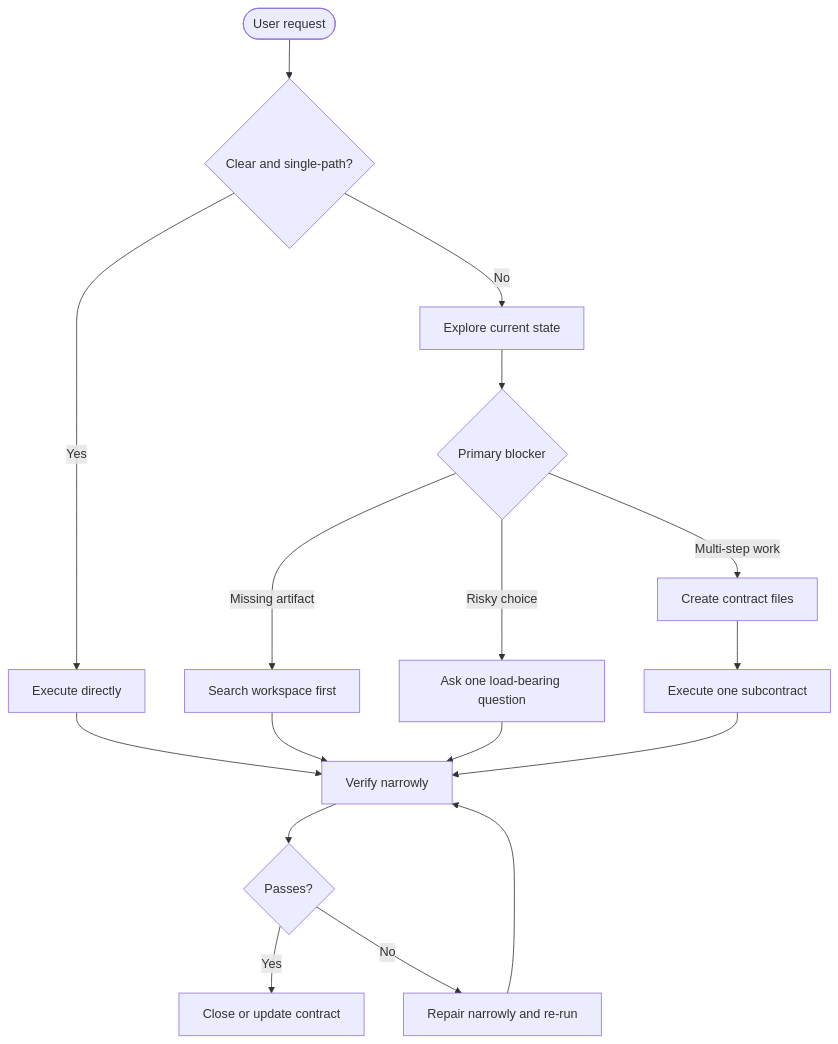
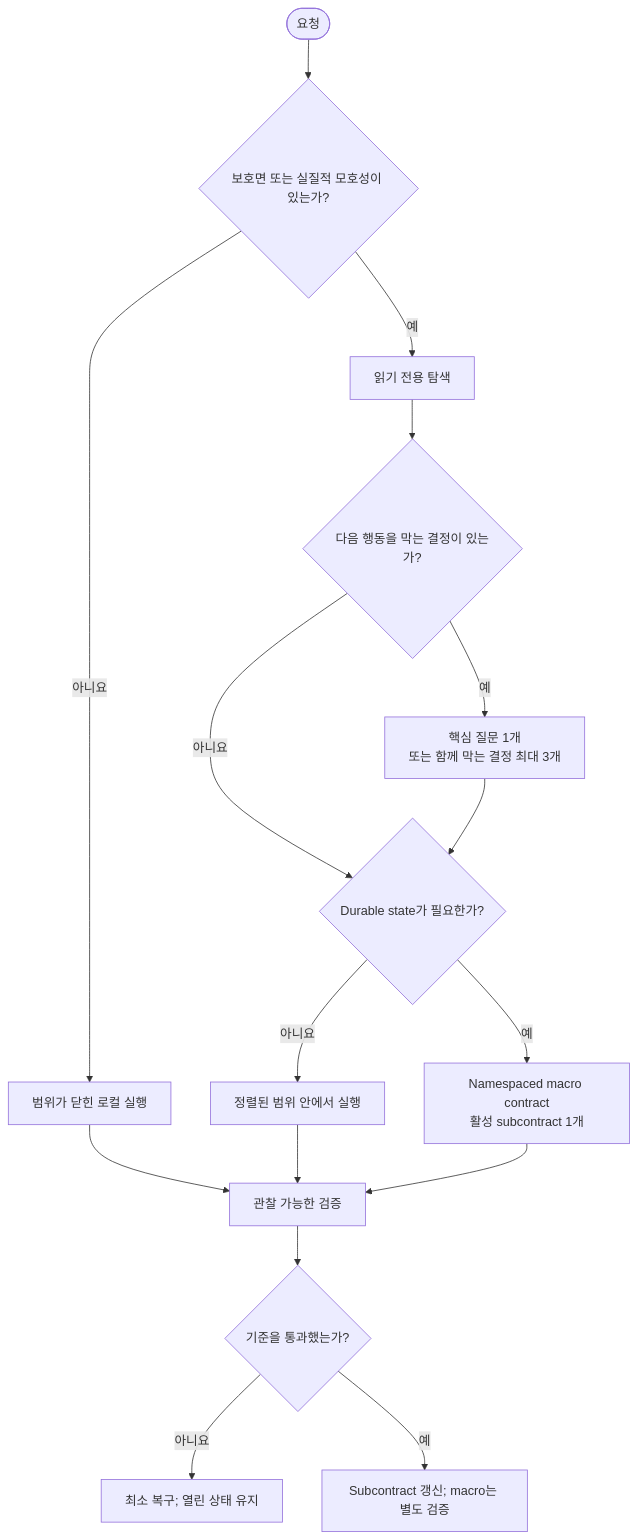
The diagram in README.ko.md (jiyeongjun/socrates-protocol), drawn with Mermaid before and after one commit. The commit also changed other lines of this file and 93 other files, not shown here.

````diff
--- a/README.ko.md
+++ b/README.ko.md
@@ -36,19 +31,18 @@
 ```mermaid
 flowchart TB
-    A([User request]) --> B{Clear and single-path?}
-    B -- Yes --> C[Execute directly]
-    B -- No --> D[Explore current state]
-    D --> E{Primary blocker}
-    E -- Missing artifact --> F[Search workspace first]
-    E -- Risky choice --> G[Ask one load-bearing question]
-    E -- Multi-step work --> H[Create contract files]
-    C --> I[Verify narrowly]
-    F --> I
-    G --> I
-    H --> J[Execute one subcontract]
-    J --> I
-    I --> K{Passes?}
-    K -- Yes --> L[Close or update contract]
-    K -- No --> M[Repair narrowly and re-run]
-    M --> I
+    A([요청]) --> B{보호면 또는 실질적 모호성이 있는가?}
+    B -- 아니요 --> C[범위가 닫힌 로컬 실행]
+    B -- 예 --> D[읽기 전용 탐색]
+    D --> E{다음 행동을 막는 결정이 있는가?}
+    E -- 예 --> F[핵심 질문 1개<br/>또는 함께 막는 결정 최대 3개]
+    E -- 아니요 --> G{Durable state가 필요한가?}
+    F --> G
+    G -- 아니요 --> H[정렬된 범위 안에서 실행]
+    G -- 예 --> I[Namespaced macro contract<br/>활성 subcontract 1개]
+    C --> J[관찰 가능한 검증]
+    H --> J
+    I --> J
+    J --> K{기준을 통과했는가?}
+    K -- 아니요 --> L[최소 복구; 열린 상태 유지]
+    K -- 예 --> M[Subcontract 갱신; macro는 별도 검증]
 ```
````
